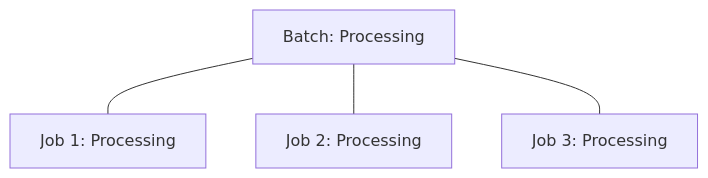
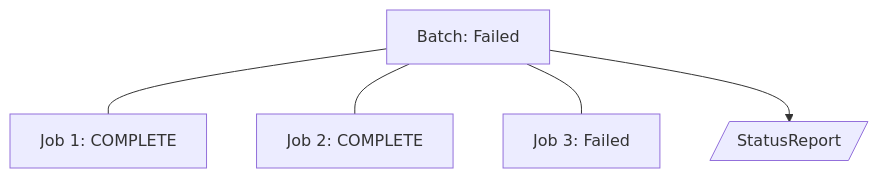
Before and after one commit to CDLUC3/mrt-zk: diagram 47 of 48 in design/use-cases.md, drawn with Mermaid. The commit also changed other lines of this file, not shown here.

Commit message:
mermaid diagrams

````diff
--- a/design/use-cases.md
+++ b/design/use-cases.md
@@ -461,10 +624,13 @@
 ```mermaid
 graph TD
-  Batch[Batch: Processing]
-  Job1[Job 1: Processing]
-  Job2[Job 2: Processing]
-  Job3[Job 3: Processing]
+  accTitle: 'Batch(Failed) has 3 Jobs (Complete, Complete, Failed)'
+  Batch[Batch: Failed]
+  Job1[Job 1: COMPLETE]
+  Job2[Job 2: COMPLETE]
+  Job3[Job 3: Failed]
   Batch --- Job1
   Batch --- Job2
   Batch --- Job3
+  StatusReport[/StatusReport/]
+  Batch --> StatusReport
 ```
````
